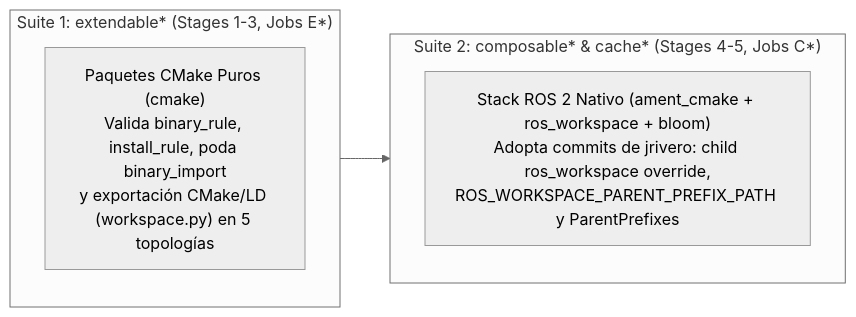
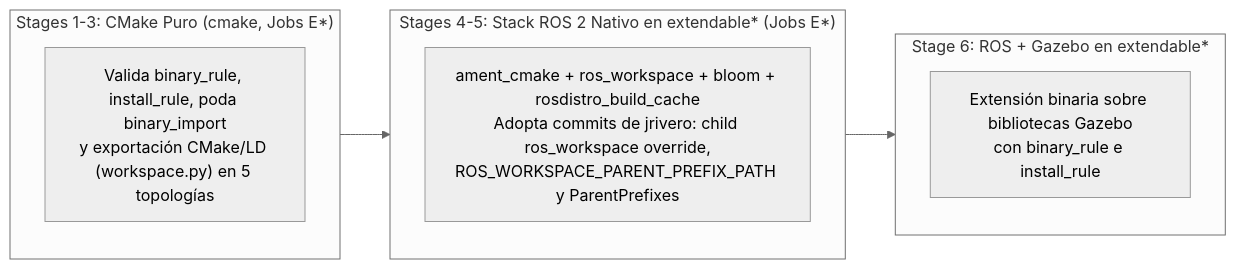
One commit to KmoM88/rep159-testing changed the diagram in EXECUTION_EXTENDABLE.md. Above: the diagram before and after it, drawn with Mermaid (neutral theme). The commit also changed other lines of this file and 10 other files, not shown here.

Commit message:
docs: unify Stage 4 & 5 under extendable* (E*), rename stage branches, and record build.test.ros2.org results

````diff
--- a/EXECUTION_EXTENDABLE.md
+++ b/EXECUTION_EXTENDABLE.md
@@ -15,12 +15,16 @@
 ```mermaid
 flowchart LR
-    subgraph Extendable ["Suite 1: extendable* (Stages 1-3, Jobs E*)"]
-        E["Paquetes CMake Puros (<build_type>cmake</build_type>)<br/>Valida binary_rule, install_rule, poda binary_import<br/>y exportación CMake/LD (workspace.py) en 5 topologías"]
+    subgraph PureCMake ["Stages 1-3: CMake Puro (<build_type>cmake</build_type>, Jobs E*)"]
+        E["Valida binary_rule, install_rule, poda binary_import<br/>y exportación CMake/LD (workspace.py) en 5 topologías"]
     end
 
-    subgraph Composable ["Suite 2: composable* & cache* (Stages 4-5, Jobs C*)"]
-        C["Stack ROS 2 Nativo (ament_cmake + ros_workspace + bloom)<br/>Adopta commits de jrivero: child ros_workspace override,<br/>ROS_WORKSPACE_PARENT_PREFIX_PATH y ParentPrefixes"]
+    subgraph RosWorkspace ["Stages 4-5: Stack ROS 2 Nativo en extendable* (Jobs E*)"]
+        C["ament_cmake + ros_workspace + bloom + rosdistro_build_cache<br/>Adopta commits de jrivero: child ros_workspace override,<br/>ROS_WORKSPACE_PARENT_PREFIX_PATH y ParentPrefixes"]
     end
 
-    Extendable --> Composable
+    subgraph RosGazebo ["Stage 6: ROS + Gazebo en extendable*"]
+        G["Extensión binaria sobre bibliotecas Gazebo<br/>con binary_rule e install_rule"]
+    end
+
+    PureCMake --> RosWorkspace --> RosGazebo
 ```
````
